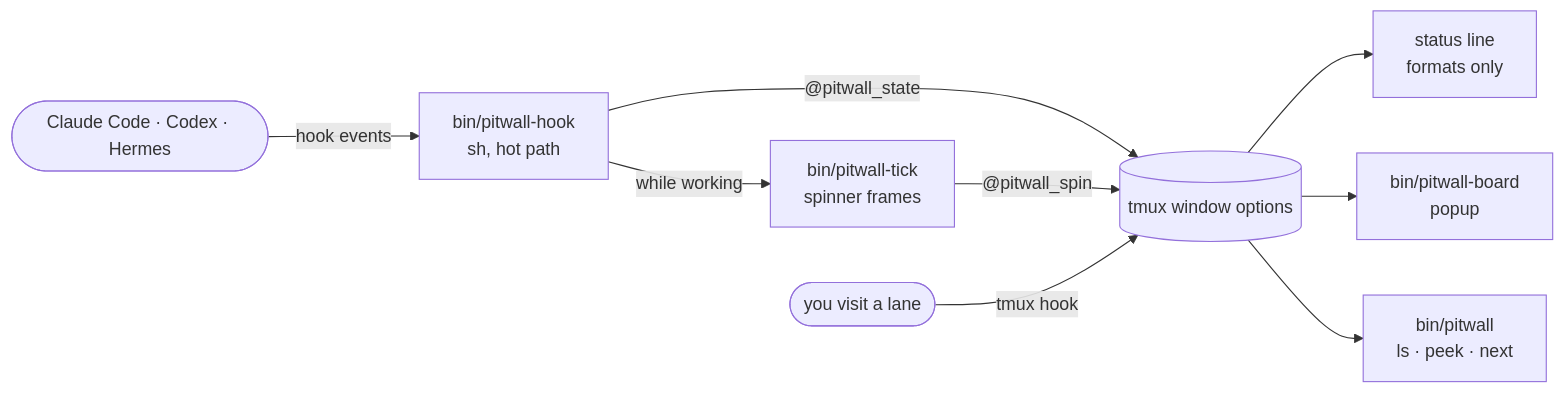
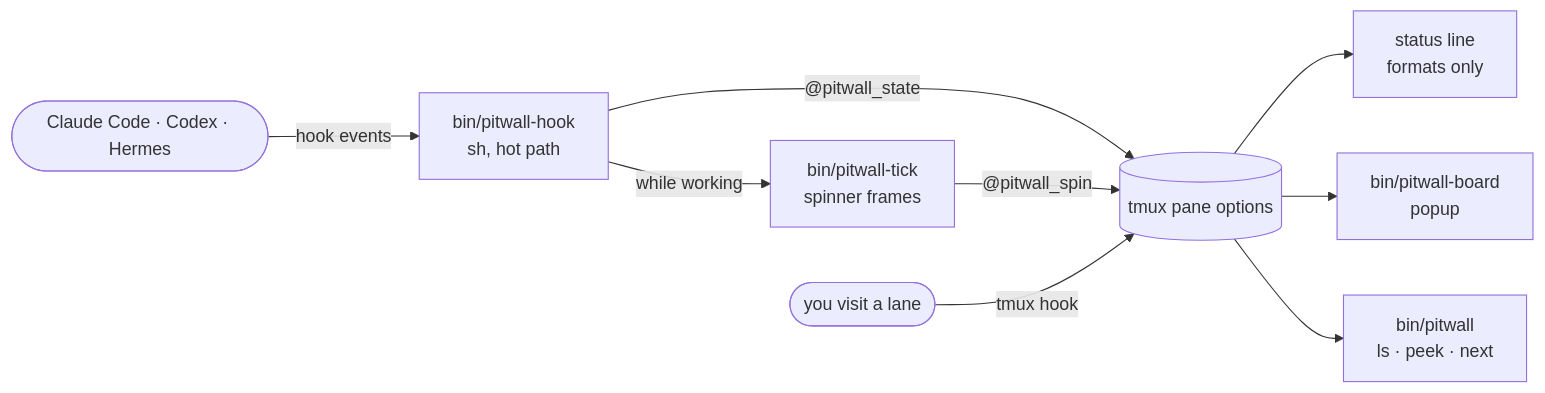
Before and after one commit to mateonunez/pitwall: the diagram in README.md, drawn with Mermaid. The commit also changed other lines of this file, not shown here.

````diff
--- a/README.md
+++ b/README.md
@@ -166,11 +207,11 @@
 ```mermaid
 flowchart LR
   agents(["Claude Code · Codex · Hermes"]) -- hook events --> hook["bin/pitwall-hook<br/>sh, hot path"]
-  hook -- "@pitwall_state" --> tmux[("tmux window options")]
+  hook -- "@pitwall_state" --> tmux[("tmux pane options")]
   hook -- "while working" --> tick["bin/pitwall-tick<br/>spinner frames"]
   tick -- "@pitwall_spin" --> tmux
   tmux --> status["status line<br/>formats only"]
   tmux --> board["bin/pitwall-board<br/>popup"]
   tmux --> cli["bin/pitwall<br/>ls · peek · next"]
   visit(["you visit a lane"]) -- "tmux hook" --> tmux
 ```
````
